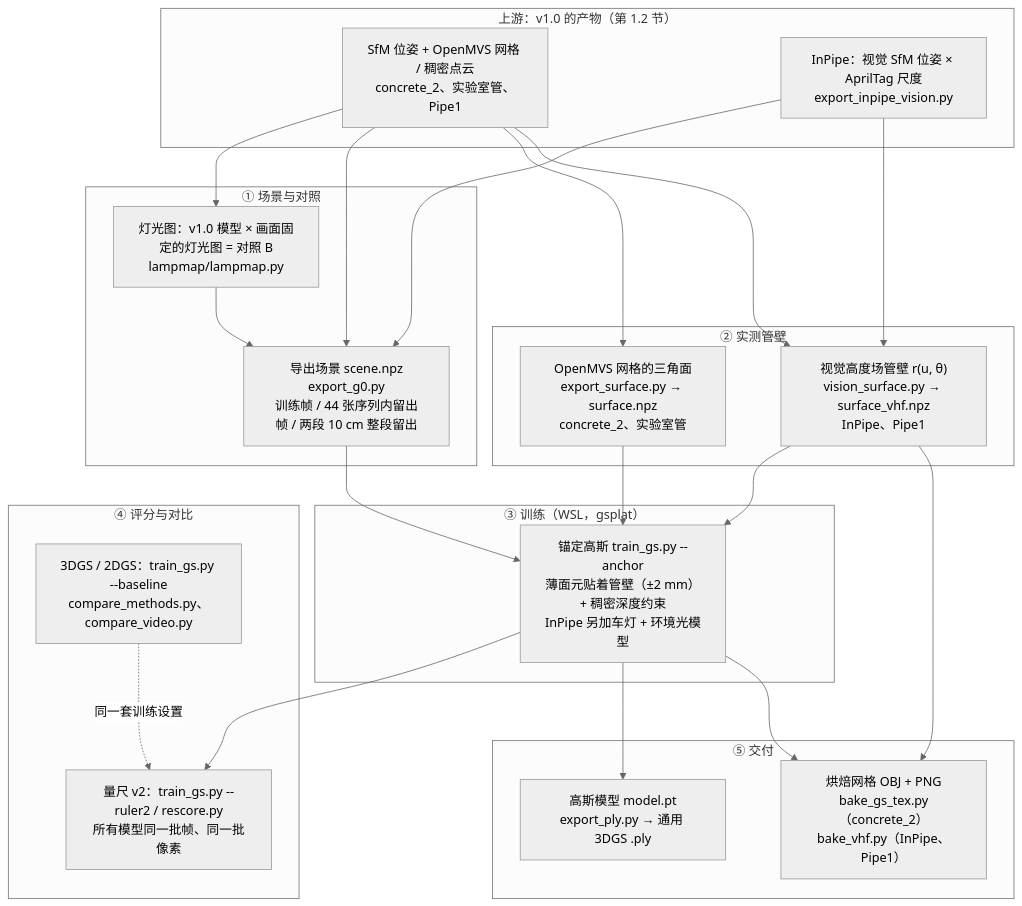
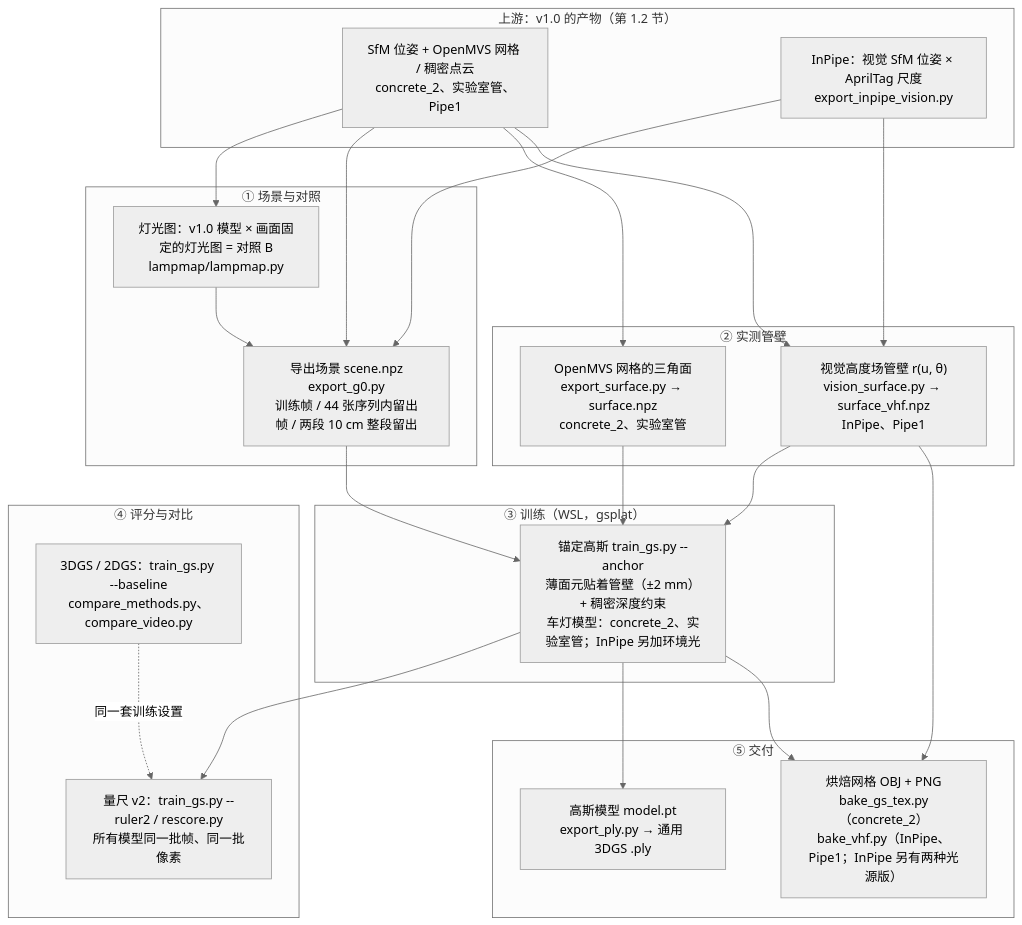
The first of 2 diagrams in README.md (Bridge-coder/PipeRecon3D), drawn with Mermaid (neutral theme) before and after one commit. The commit also changed other lines of this file and 11 other files, not shown here.

First line of the commit message:
质量提升第二轮（docs/13）：剩余误差诊断、车灯模型 + 覆盖项（Z1）、InPipe 两种光源烘焙（Z2）

````diff
--- a/README.md
+++ b/README.md
@@ -47,41 +49,41 @@
 ```mermaid
 flowchart TB
   subgraph U["上游：v1.0 的产物（第 1.2 节）"]
     U1["SfM 位姿 + OpenMVS 网格 / 稠密点云<br>concrete_2、实验室管、Pipe1"]
     U2["InPipe：视觉 SfM 位姿 × AprilTag 尺度<br>export_inpipe_vision.py"]
   end
   subgraph S["① 场景与对照"]
     S1["灯光图：v1.0 模型 × 画面固定的灯光图 = 对照 B<br>lampmap/lampmap.py"]
     S2["导出场景 scene.npz<br>export_g0.py<br>训练帧 / 44 张序列内留出帧 / 两段 10 cm 整段留出"]
   end
   subgraph W["② 实测管壁"]
     W1["OpenMVS 网格的三角面<br>export_surface.py → surface.npz<br>concrete_2、实验室管"]
     W2["视觉高度场管壁 r(u, θ)<br>vision_surface.py → surface_vhf.npz<br>InPipe、Pipe1"]
   end
   subgraph T["③ 训练（WSL，gsplat）"]
-    T1["锚定高斯 train_gs.py --anchor<br>薄面元贴着管壁（±2 mm）+ 稠密深度约束<br>InPipe 另加车灯 + 环境光模型"]
+    T1["锚定高斯 train_gs.py --anchor<br>薄面元贴着管壁（±2 mm）+ 稠密深度约束<br>车灯模型：concrete_2、实验室管；InPipe 另加环境光"]
   end
   subgraph E["④ 评分与对比"]
     E1["量尺 v2：train_gs.py --ruler2 / rescore.py<br>所有模型同一批帧、同一批像素"]
     E2["3DGS / 2DGS：train_gs.py --baseline<br>compare_methods.py、compare_video.py"]
   end
   subgraph D["⑤ 交付"]
     D1["高斯模型 model.pt<br>export_ply.py → 通用 3DGS .ply"]
-    D2["烘焙网格 OBJ + PNG<br>bake_gs_tex.py（concrete_2）<br>bake_vhf.py（InPipe、Pipe1）"]
+    D2["烘焙网格 OBJ + PNG<br>bake_gs_tex.py（concrete_2）<br>bake_vhf.py（InPipe、Pipe1；InPipe 另有两种光源版）"]
   end
   U1 --> S1
   U1 --> S2
   U2 --> S2
   S1 --> S2
   U1 --> W1
   U1 --> W2
   U2 --> W2
   S2 --> T1
   W1 --> T1
   W2 --> T1
   T1 --> E1
   E2 -.->|同一套训练设置| E1
   T1 --> D1
   T1 --> D2
   W2 --> D2
 ```
````
